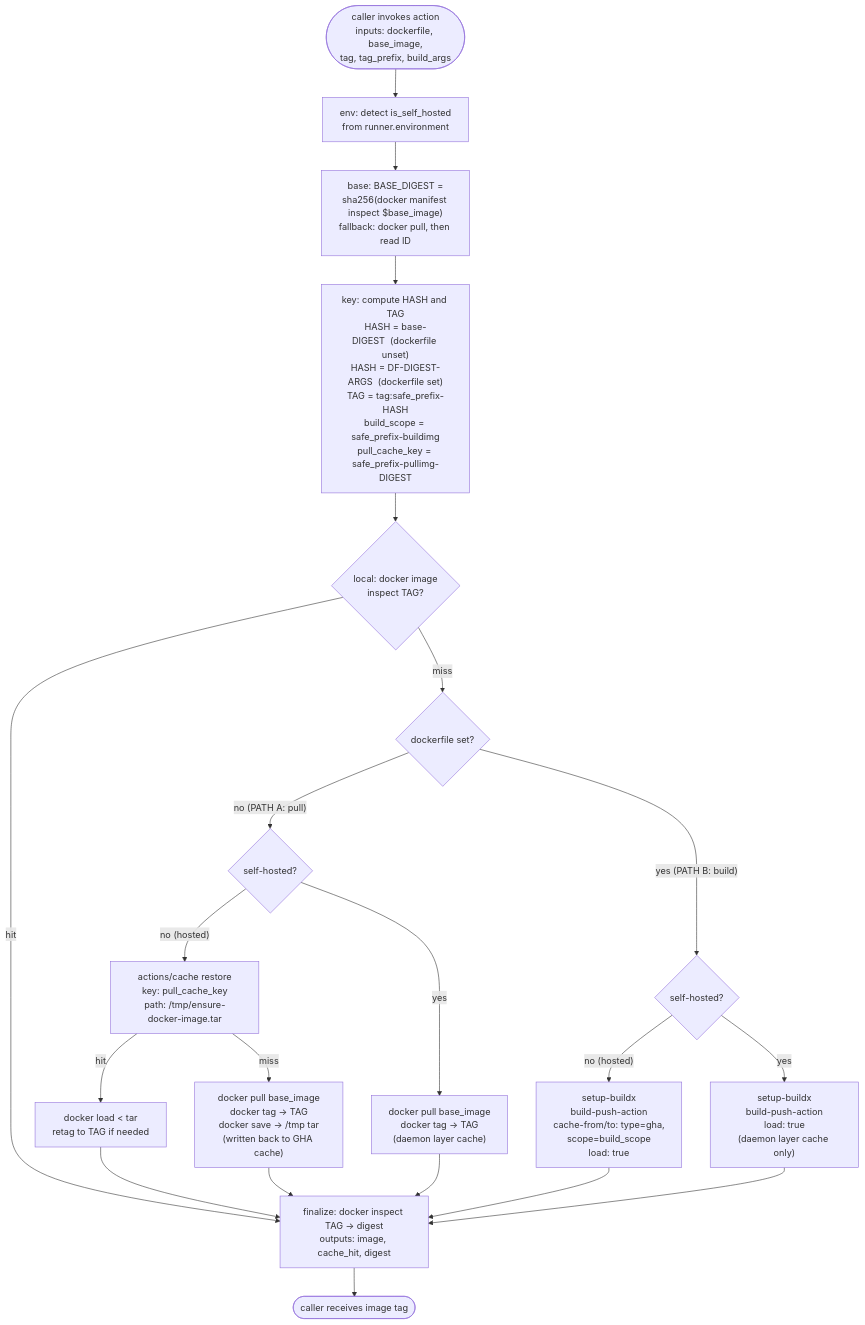
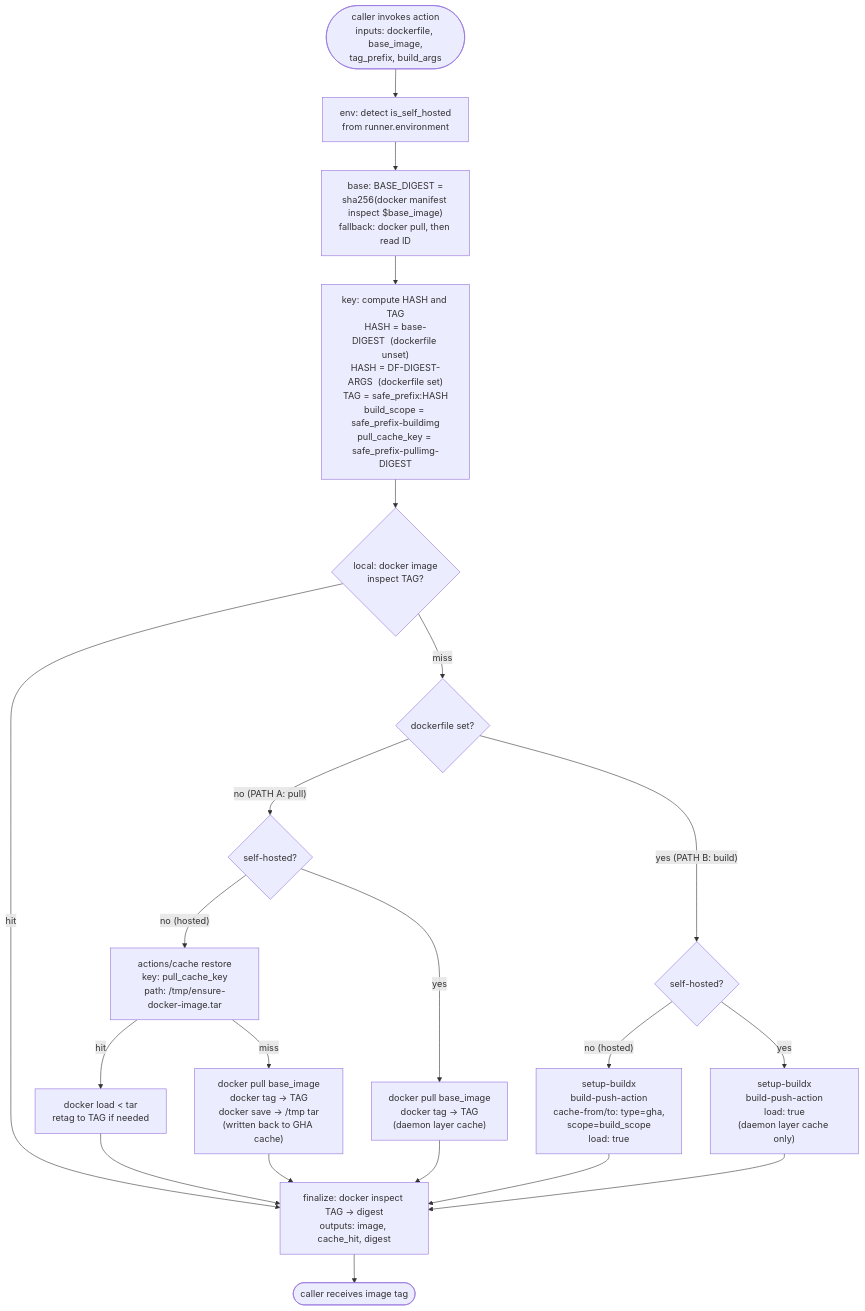
One commit to Clockwork-Pilot/autopilot changed the diagram in .github/actions/ensure-docker-image/README.md. Above: the diagram before and after it, drawn with Mermaid. The commit also changed other lines of this file and 11 other files, not shown here.

````diff
--- a/.github/actions/ensure-docker-image/README.md
+++ b/.github/actions/ensure-docker-image/README.md
@@ -18,30 +18,30 @@
 ```mermaid
 flowchart TD
-    Start([caller invokes action<br/>inputs: dockerfile, base_image,<br/>tag, tag_prefix, build_args])
+    Start([caller invokes action<br/>inputs: dockerfile, base_image,<br/>tag_prefix, build_args])
     Start --> Env["env: detect is_self_hosted<br/>from runner.environment"]
     Env --> Base["base: BASE_DIGEST =<br/>sha256(docker manifest inspect $base_image)<br/>fallback: docker pull, then read ID"]
-    Base --> Key["key: compute HASH and TAG<br/>HASH = base-DIGEST&nbsp;&nbsp;(dockerfile unset)<br/>HASH = DF-DIGEST-ARGS&nbsp;&nbsp;(dockerfile set)<br/>TAG = tag:safe_prefix-HASH<br/>build_scope = safe_prefix-buildimg<br/>pull_cache_key = safe_prefix-pullimg-DIGEST"]
+    Base --> Key["key: compute HASH and TAG<br/>HASH = base-DIGEST&nbsp;&nbsp;(dockerfile unset)<br/>HASH = DF-DIGEST-ARGS&nbsp;&nbsp;(dockerfile set)<br/>TAG = safe_prefix:HASH<br/>build_scope = safe_prefix-buildimg<br/>pull_cache_key = safe_prefix-pullimg-DIGEST"]
     Key --> Local{"local: docker image<br/>inspect TAG?"}
     Local -- hit --> Finalize
     Local -- miss --> Route{dockerfile set?}
 
     Route -- "no (PATH A: pull)" --> PullEnv{self-hosted?}
     Route -- "yes (PATH B: build)" --> BuildEnv{self-hosted?}
 
     PullEnv -- "no (hosted)" --> PullCacheTry["actions/cache restore<br/>key: pull_cache_key<br/>path: /tmp/ensure-docker-image.tar"]
     PullEnv -- "yes" --> PullSelf["docker pull base_image<br/>docker tag → TAG<br/>(daemon layer cache)"]
     PullCacheTry -- hit --> Load["docker load &lt; tar<br/>retag to TAG if needed"]
     PullCacheTry -- miss --> PullHosted["docker pull base_image<br/>docker tag → TAG<br/>docker save → /tmp tar<br/>(written back to GHA cache)"]
 
     BuildEnv -- "no (hosted)" --> BuildHosted["setup-buildx<br/>build-push-action<br/>cache-from/to: type=gha,<br/>scope=build_scope<br/>load: true"]
     BuildEnv -- "yes" --> BuildSelf["setup-buildx<br/>build-push-action<br/>load: true<br/>(daemon layer cache only)"]
 
     Load --> Finalize
     PullHosted --> Finalize
     PullSelf --> Finalize
     BuildHosted --> Finalize
     BuildSelf --> Finalize
 
     Finalize["finalize: docker inspect TAG → digest<br/>outputs: image, cache_hit, digest"]
     Finalize --> End([caller receives image tag])
 ```
````
